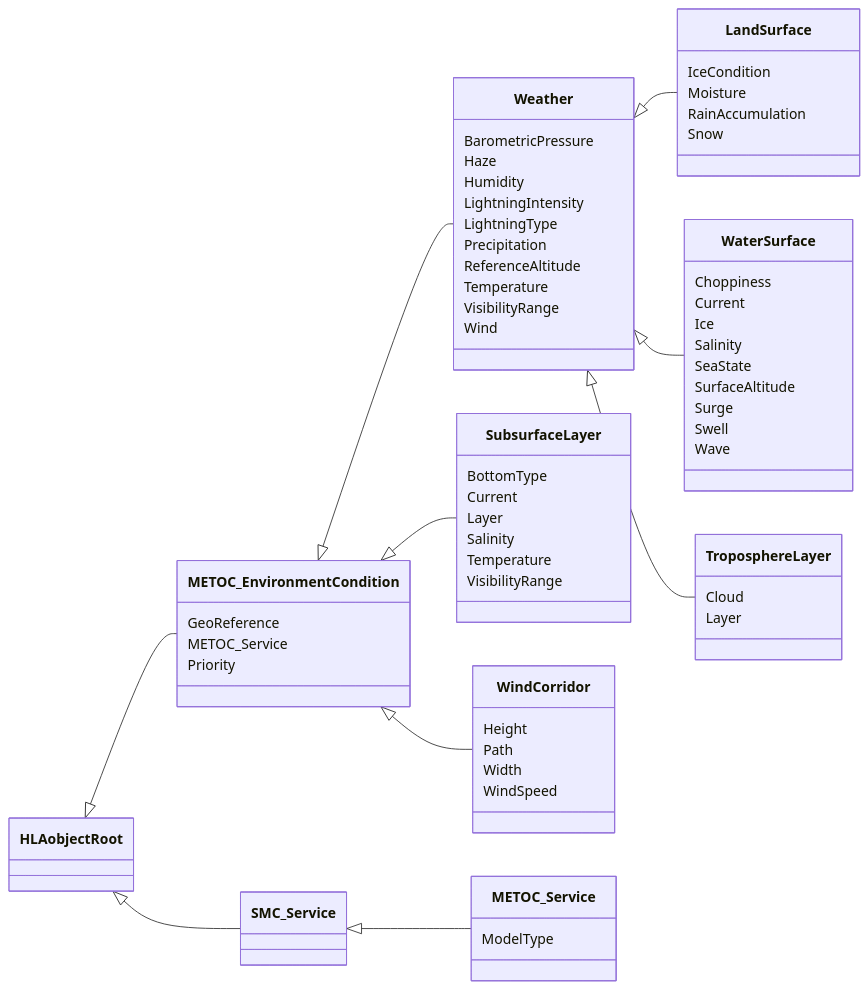
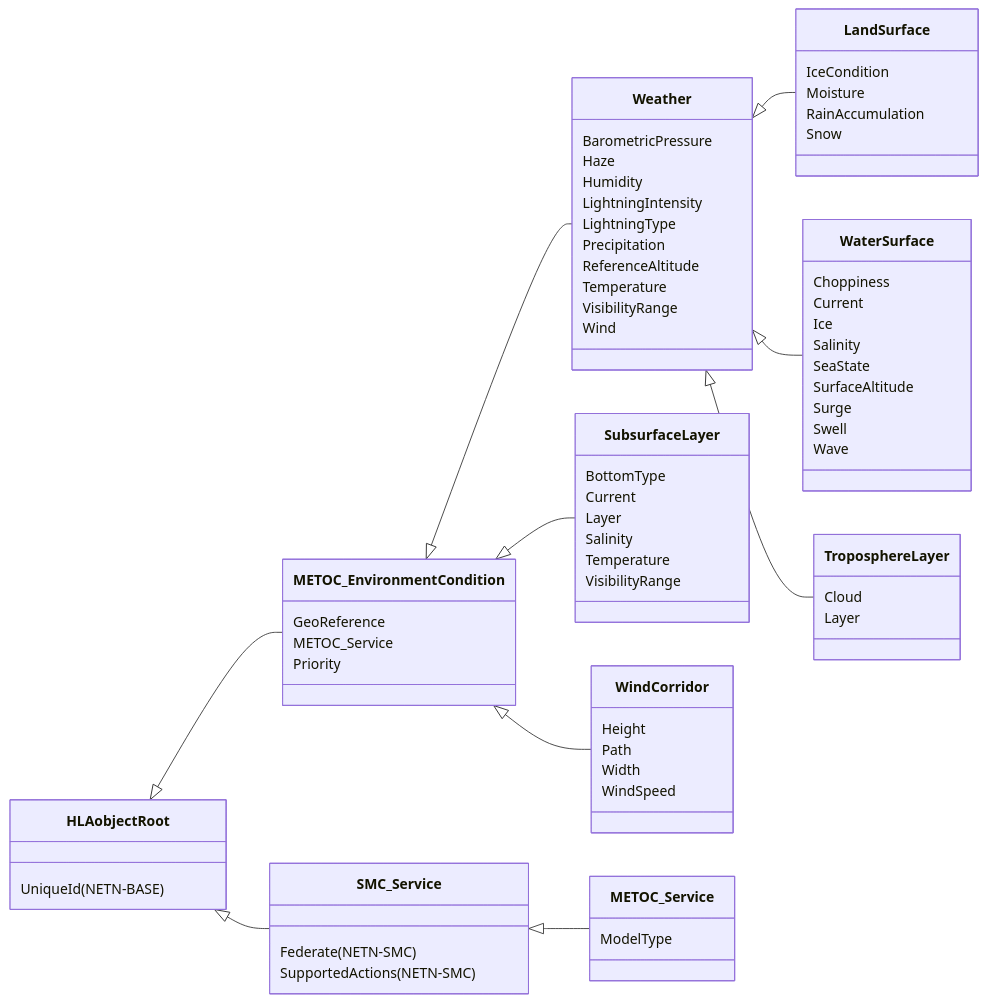
Before and after one commit to AMSP-04/NETN-METOC: the first of 2 diagrams in NETN-METOC.md, drawn with Mermaid. The commit also changed other lines of this file and 3 other files, not shown here.

Commit message:
Added support for FederateActions

````diff
--- a/NETN-METOC.md
+++ b/NETN-METOC.md
@@ -67,53 +67,56 @@
 ```mermaid
 classDiagram 
 direction LR
 
 HLAobjectRoot <|-- METOC_EnvironmentCondition
 HLAobjectRoot <|-- SMC_Service
+HLAobjectRoot : UniqueId(NETN-BASE)
 METOC_EnvironmentCondition <|-- Weather
 METOC_EnvironmentCondition <|-- SubsurfaceLayer
 METOC_EnvironmentCondition <|-- WindCorridor
 METOC_EnvironmentCondition : GeoReference
 METOC_EnvironmentCondition : METOC_Service
 METOC_EnvironmentCondition : Priority
 Weather <|-- LandSurface
 Weather <|-- WaterSurface
 Weather <|-- TroposphereLayer
 Weather : BarometricPressure
 Weather : Haze
 Weather : Humidity
 Weather : LightningIntensity
 Weather : LightningType
 Weather : Precipitation
 Weather : ReferenceAltitude
 Weather : Temperature
 Weather : VisibilityRange
 Weather : Wind
 LandSurface : IceCondition
 LandSurface : Moisture
 LandSurface : RainAccumulation
 LandSurface : Snow
 WaterSurface : Choppiness
 WaterSurface : Current
 WaterSurface : Ice
 WaterSurface : Salinity
 WaterSurface : SeaState
 WaterSurface : SurfaceAltitude
 WaterSurface : Surge
 WaterSurface : Swell
 WaterSurface : Wave
 TroposphereLayer : Cloud
 TroposphereLayer : Layer
 SubsurfaceLayer : BottomType
 SubsurfaceLayer : Current
 SubsurfaceLayer : Layer
 SubsurfaceLayer : Salinity
 SubsurfaceLayer : Temperature
 SubsurfaceLayer : VisibilityRange
 WindCorridor : Height
 WindCorridor : Path
 WindCorridor : Width
 WindCorridor : WindSpeed
 SMC_Service <|-- METOC_Service
+SMC_Service : Federate(NETN-SMC)
+SMC_Service : SupportedActions(NETN-SMC)
 METOC_Service : ModelType
 ```
````
